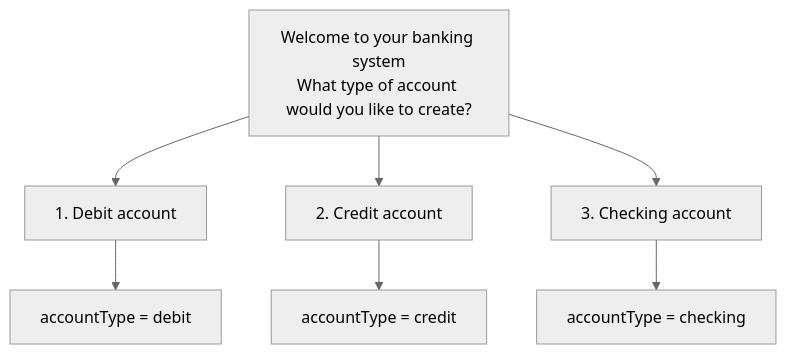
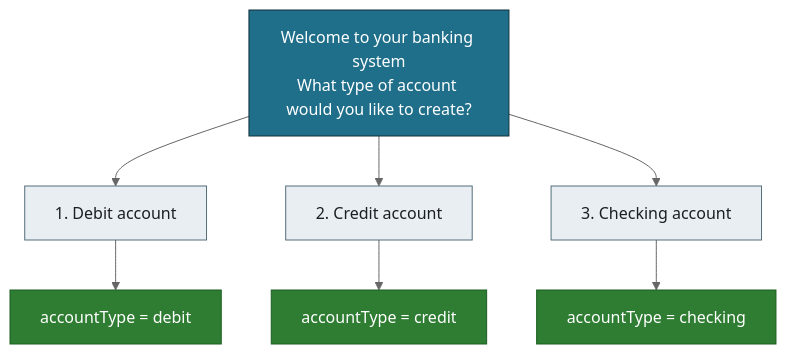
The first of 3 diagrams in README.md (zearkiatos/kotlin-bank-account-console), drawn with Mermaid (neutral theme) before and after one commit. The commit also changed other lines of this file and 17 other files, not shown here.

````diff
--- a/README.md
+++ b/README.md
@@ -22,14 +22,22 @@
 ```mermaid
 flowchart TD
     A["Welcome to your banking system<br/>What type of account would you like to create?"]
     B["1. Debit account"]
     C["2. Credit account"]
     D["3. Checking account"]
     E["accountType = debit"]
     F["accountType = credit"]
     G["accountType = checking"]
     
     A --> B --> E
     A --> C --> F
     A --> D --> G
+
+    classDef entry fill:#1f6f8b,stroke:#0e2f3a,color:#ffffff;
+    classDef option fill:#e9eef2,stroke:#546e7a,color:#1b1f23;
+    classDef result fill:#2e7d32,stroke:#1b5e20,color:#ffffff;
+
+    class A entry;
+    class B,C,D option;
+    class E,F,G result;
 ```
````
